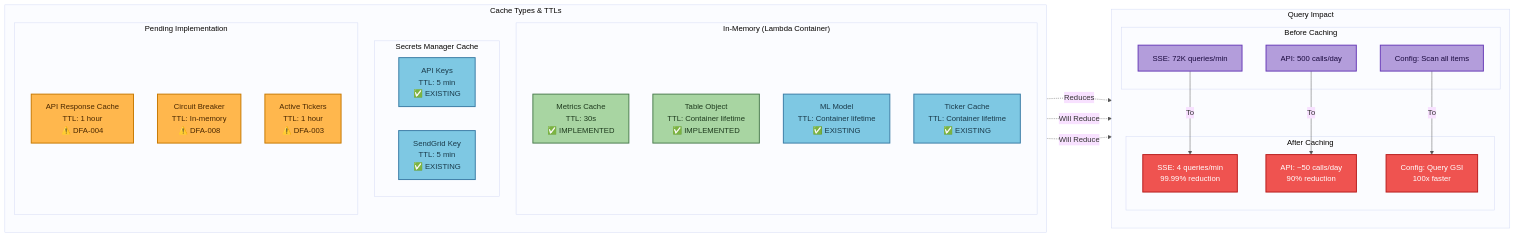
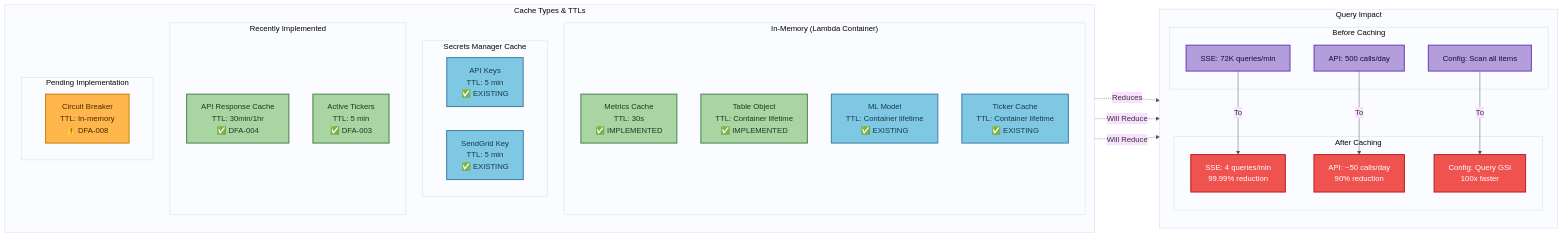
Before and after one commit to traylorre/sentiment-analyzer-gsk: the second of 4 diagrams in docs/DATA_FLOW_AUDIT.md, drawn with Mermaid. The commit also changed other lines of this file, not shown here.

First line of the commit message:
perf(DFA-004): Add API response caching to Tiingo/Finnhub adapters

````diff
--- a/docs/DATA_FLOW_AUDIT.md
+++ b/docs/DATA_FLOW_AUDIT.md
@@ -128,60 +128,64 @@
 ```mermaid
 %%{init: {'theme':'base', 'themeVariables': {'primaryColor':'#fff8e1', 'primaryTextColor':'#333', 'primaryBorderColor':'#c9a227', 'lineColor':'#555'}}}%%
 flowchart LR
     subgraph CacheTypes["Cache Types & TTLs"]
         direction TB
 
         subgraph InMemory["In-Memory (Lambda Container)"]
             M1["Metrics Cache<br/>TTL: 30s<br/>✅ IMPLEMENTED"]
             M2["Table Object<br/>TTL: Container lifetime<br/>✅ IMPLEMENTED"]
             M3["ML Model<br/>TTL: Container lifetime<br/>✅ EXISTING"]
             M4["Ticker Cache<br/>TTL: Container lifetime<br/>✅ EXISTING"]
         end
 
         subgraph SecretsCache["Secrets Manager Cache"]
             S1["API Keys<br/>TTL: 5 min<br/>✅ EXISTING"]
             S2["SendGrid Key<br/>TTL: 5 min<br/>✅ EXISTING"]
         end
 
+        subgraph Implemented["Recently Implemented"]
+            P1["API Response Cache<br/>TTL: 30min/1hr<br/>✅ DFA-004"]
+            P3["Active Tickers<br/>TTL: 5 min<br/>✅ DFA-003"]
+        end
+
         subgraph Pending["Pending Implementation"]
-            P1["API Response Cache<br/>TTL: 1 hour<br/>⚠️ DFA-004"]
             P2["Circuit Breaker<br/>TTL: In-memory<br/>⚠️ DFA-008"]
-            P3["Active Tickers<br/>TTL: 1 hour<br/>⚠️ DFA-003"]
         end
     end
 
     subgraph Impact["Query Impact"]
         direction TB
 
         subgraph Before["Before Caching"]
             B1["SSE: 72K queries/min"]
             B2["API: 500 calls/day"]
             B3["Config: Scan all items"]
         end
 
         subgraph After["After Caching"]
             A1["SSE: 4 queries/min<br/>99.99% reduction"]
             A2["API: ~50 calls/day<br/>90% reduction"]
             A3["Config: Query GSI<br/>100x faster"]
         end
     end
 
     M1 -.->|"Reduces"| B1
     B1 -->|"To"| A1
     P1 -.->|"Will Reduce"| B2
     B2 -->|"To"| A2
     P3 -.->|"Will Reduce"| B3
     B3 -->|"To"| A3
 
     classDef implemented fill:#a8d5a2,stroke:#4a7c4e,stroke-width:2px,color:#1e3a1e
     classDef existing fill:#7ec8e3,stroke:#3a7ca5,stroke-width:2px,color:#1a3a4a
     classDef pending fill:#ffb74d,stroke:#c77800,stroke-width:2px,color:#4a2800
     classDef impact fill:#b39ddb,stroke:#673ab7,stroke-width:2px,color:#1a0a3e
     classDef reduction fill:#ef5350,stroke:#b71c1c,stroke-width:2px,color:#fff
 
     class M1,M2 implemented
     class M3,M4,S1,S2 existing
-    class P1,P2,P3 pending
+    class P1,P3 implemented
+    class P2 pending
     class B1,B2,B3 impact
     class A1,A2,A3 reduction
 ```
````
